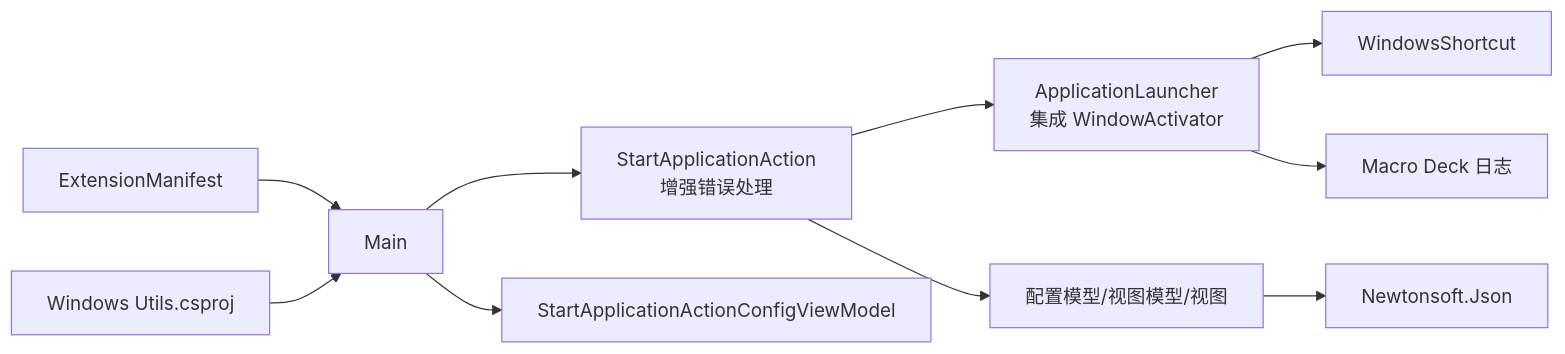
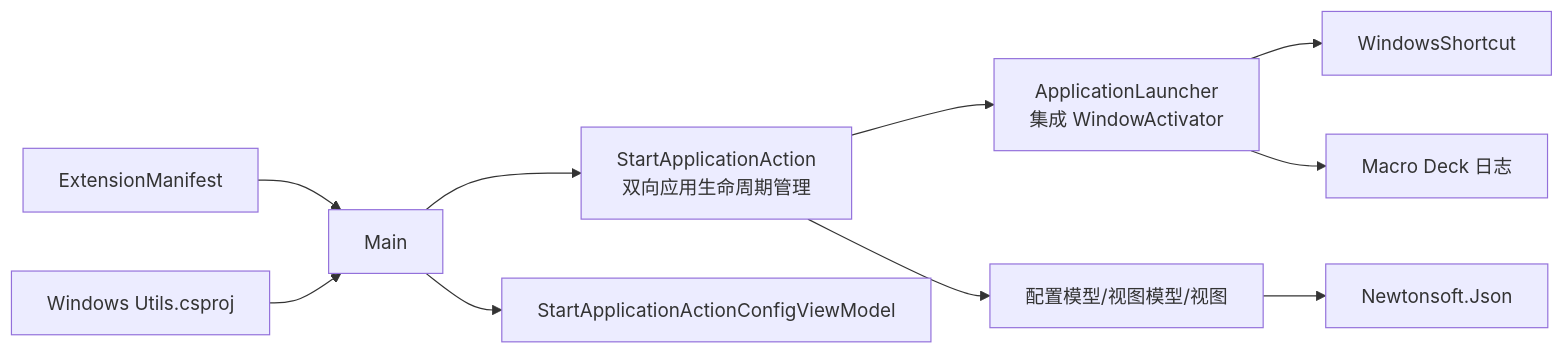
One commit to tea4go/Macro-Deck-Windows-Utils-Plugin changed the seventh of 7 diagrams in .qoder/repowiki/zh/content/核心功能/应用程序管理.md. Above: the diagram before and after it, drawn with Mermaid. The commit also changed other lines of this file and 39 other files, not shown here.

````diff
--- a/.qoder/repowiki/zh/content/核心功能/应用程序管理.md
+++ b/.qoder/repowiki/zh/content/核心功能/应用程序管理.md
@@ -351,12 +356,12 @@
 ```mermaid
 graph LR
-SA["StartApplicationAction<br/>增强错误处理"] --> AL["ApplicationLauncher<br/>集成 WindowActivator"]
+SA["StartApplicationAction<br/>双向应用生命周期管理"] --> AL["ApplicationLauncher<br/>集成 WindowActivator"]
 SA --> CFG["配置模型/视图模型/视图"]
 AL --> WS["WindowsShortcut"]
 AL --> MD["Macro Deck 日志"]
 CFG --> JSON["Newtonsoft.Json"]
 MAIN["Main"] --> SA
 MAIN --> VM["StartApplicationActionConfigViewModel"]
 MAN["ExtensionManifest"] --> MAIN
 PROJ["Windows Utils.csproj"] --> MAIN
 ```
````
